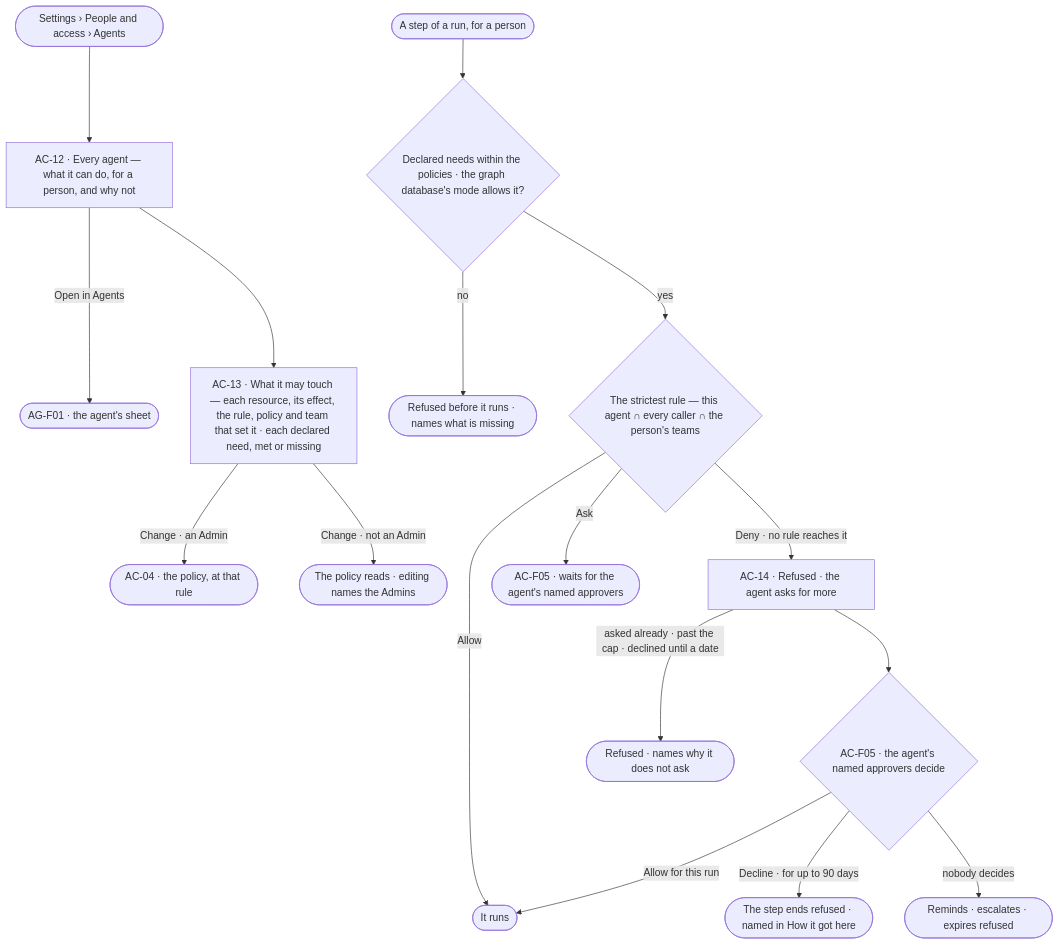
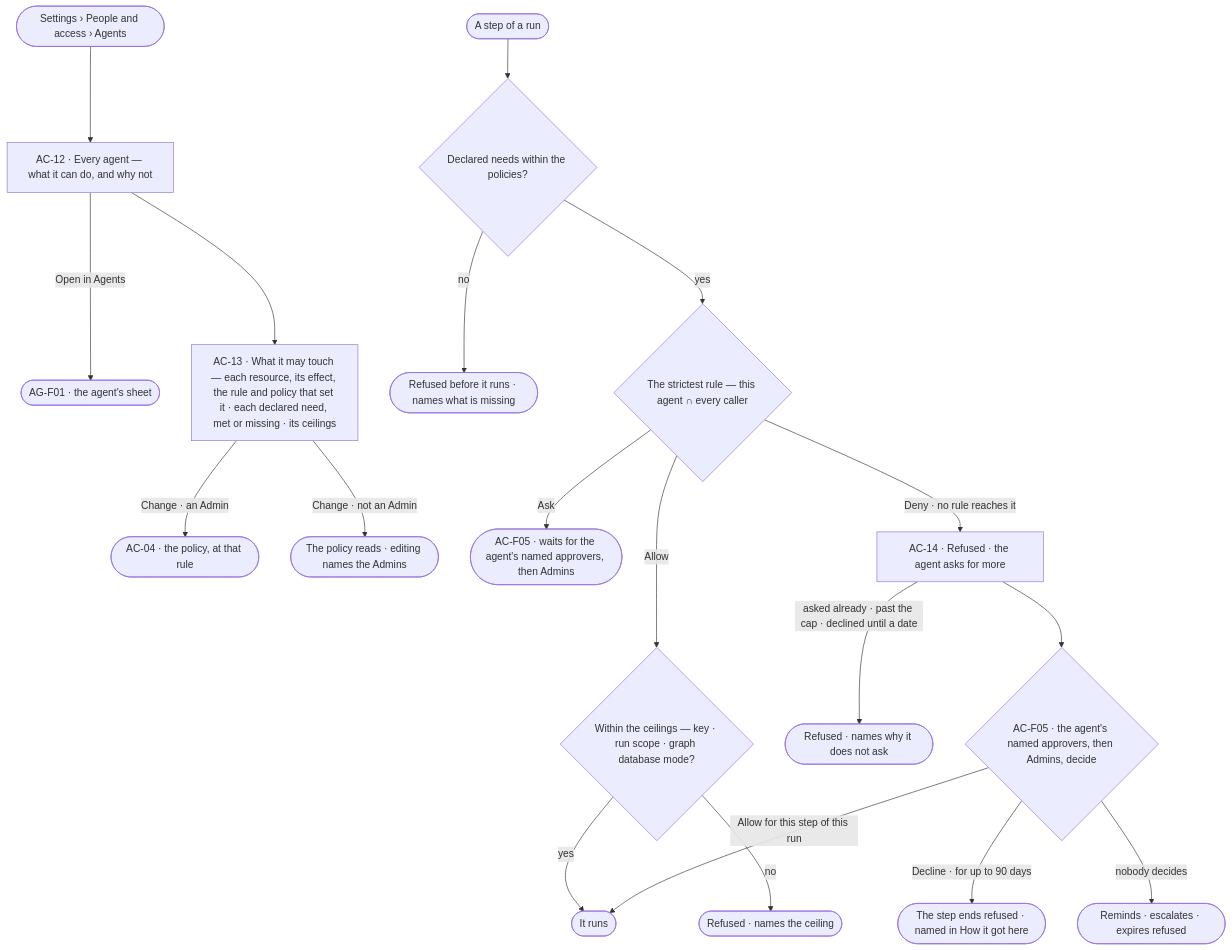
Before and after one commit to invana/invana: the first of 2 diagrams in specs/os/access/features/AC-F04-what-an-agent-may-touch/feature.md, drawn with Mermaid. The commit also changed other lines of this file and 300 other files, not shown here.

````diff
--- a/specs/os/access/features/AC-F04-what-an-agent-may-touch/feature.md
+++ b/specs/os/access/features/AC-F04-what-an-agent-may-touch/feature.md
@@ -27,19 +26,21 @@
 ```mermaid
 flowchart TD
-  start([Settings › People and access › Agents]) --> ag["AC-12 · Every agent — what it can do, for a person, and why not"]
+  start([Settings › People and access › Agents]) --> ag["AC-12 · Every agent — what it can do, and why not"]
   ag -->|Open in Agents| agx(["AG-F01 · the agent's sheet"])
-  ag --> touch["AC-13 · What it may touch — each resource, its effect, the rule, policy and team that set it · each declared need, met or missing"]
+  ag --> touch["AC-13 · What it may touch — each resource, its effect, the rule and policy that set it · each declared need, met or missing · its ceilings"]
   touch -->|Change · an Admin| pol(["AC-04 · the policy, at that rule"])
   touch -->|Change · not an Admin| ro(["The policy reads · editing names the Admins"])
-  run([A step of a run, for a person]) --> need{"Declared needs within the policies · the graph database's mode allows it?"}
+  run([A step of a run]) --> need{"Declared needs within the policies?"}
   need -->|no| nr(["Refused before it runs · names what is missing"])
-  need -->|yes| chain{"The strictest rule — this agent ∩ every caller ∩ the person's teams"}
-  chain -->|Allow| go(["It runs"])
-  chain -->|Ask| ask(["AC-F05 · waits for the agent's named approvers"])
+  need -->|yes| chain{"The strictest rule — this agent ∩ every caller"}
+  chain -->|Allow| ceil{"Within the ceilings — key · run scope · graph database mode?"}
+  ceil -->|yes| go(["It runs"])
+  ceil -->|no| cr(["Refused · names the ceiling"])
+  chain -->|Ask| ask(["AC-F05 · waits for the agent's named approvers, then Admins"])
   chain -->|Deny · no rule reaches it| blk["AC-14 · Refused · the agent asks for more"]
   blk -->|asked already · past the cap · declined until a date| cap(["Refused · names why it does not ask"])
-  blk --> more{"AC-F05 · the agent's named approvers decide"}
-  more -->|Allow for this run| go
+  blk --> more{"AC-F05 · the agent's named approvers, then Admins, decide"}
+  more -->|Allow for this step of this run| go
   more -->|Decline · for up to 90 days| refd(["The step ends refused · named in How it got here"])
   more -->|nobody decides| exp(["Reminds · escalates · expires refused"])
 ```
````
